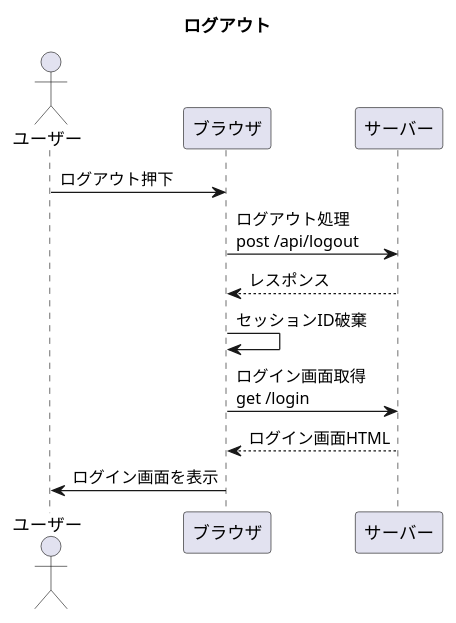
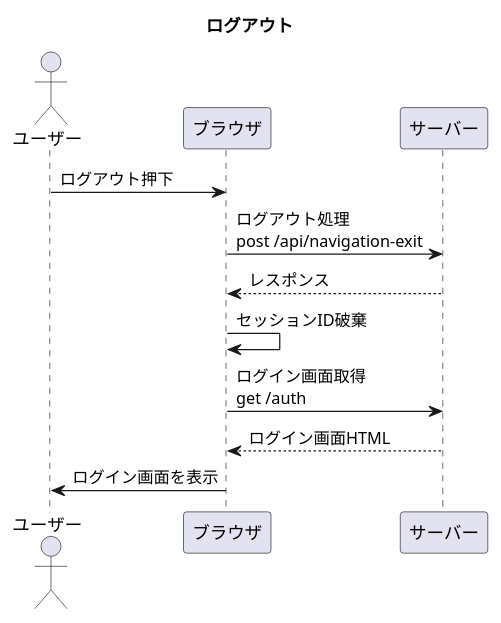
One commit to hachimitu22/MangaViewer changed the diagram in doc/6_ui/parts/ナビゲーター/sequence/ログアウト.puml. Above: the diagram before and after it, drawn with PlantUML. The commit also changed 5 other files, not shown here.

```diff
--- a/doc/6_ui/parts/ナビゲーター/sequence/ログアウト.puml
+++ b/doc/6_ui/parts/ナビゲーター/sequence/ログアウト.puml
@@ -1,17 +1,17 @@
 @startuml
 
 title ログアウト
 
 actor ユーザー
 participant ブラウザ
 participant サーバー
 
 ユーザー -> ブラウザ: ログアウト押下
-ブラウザ -> サーバー: ログアウト処理\npost /api/logout
+ブラウザ -> サーバー: ログアウト処理\npost /api/navigation-exit
 ブラウザ <-- サーバー: レスポンス
 ブラウザ -> ブラウザ: セッションID破棄
-ブラウザ -> サーバー: ログイン画面取得\nget /login
+ブラウザ -> サーバー: ログイン画面取得\nget /auth
 ブラウザ <-- サーバー: ログイン画面HTML
 ユーザー <- ブラウザ: ログイン画面を表示
 
 @enduml
```
